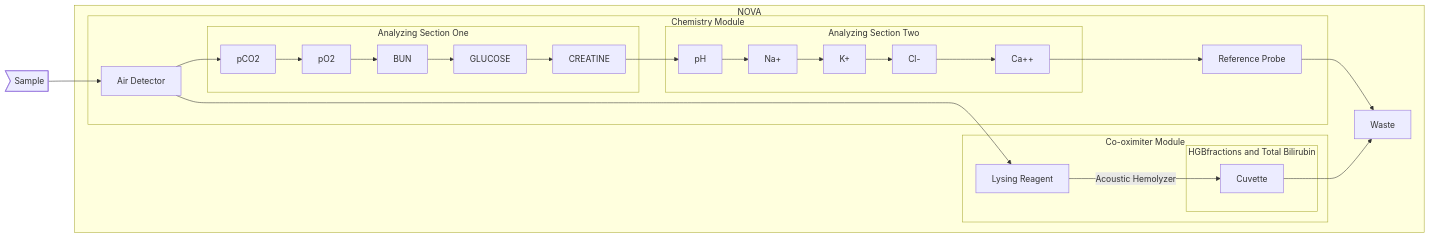
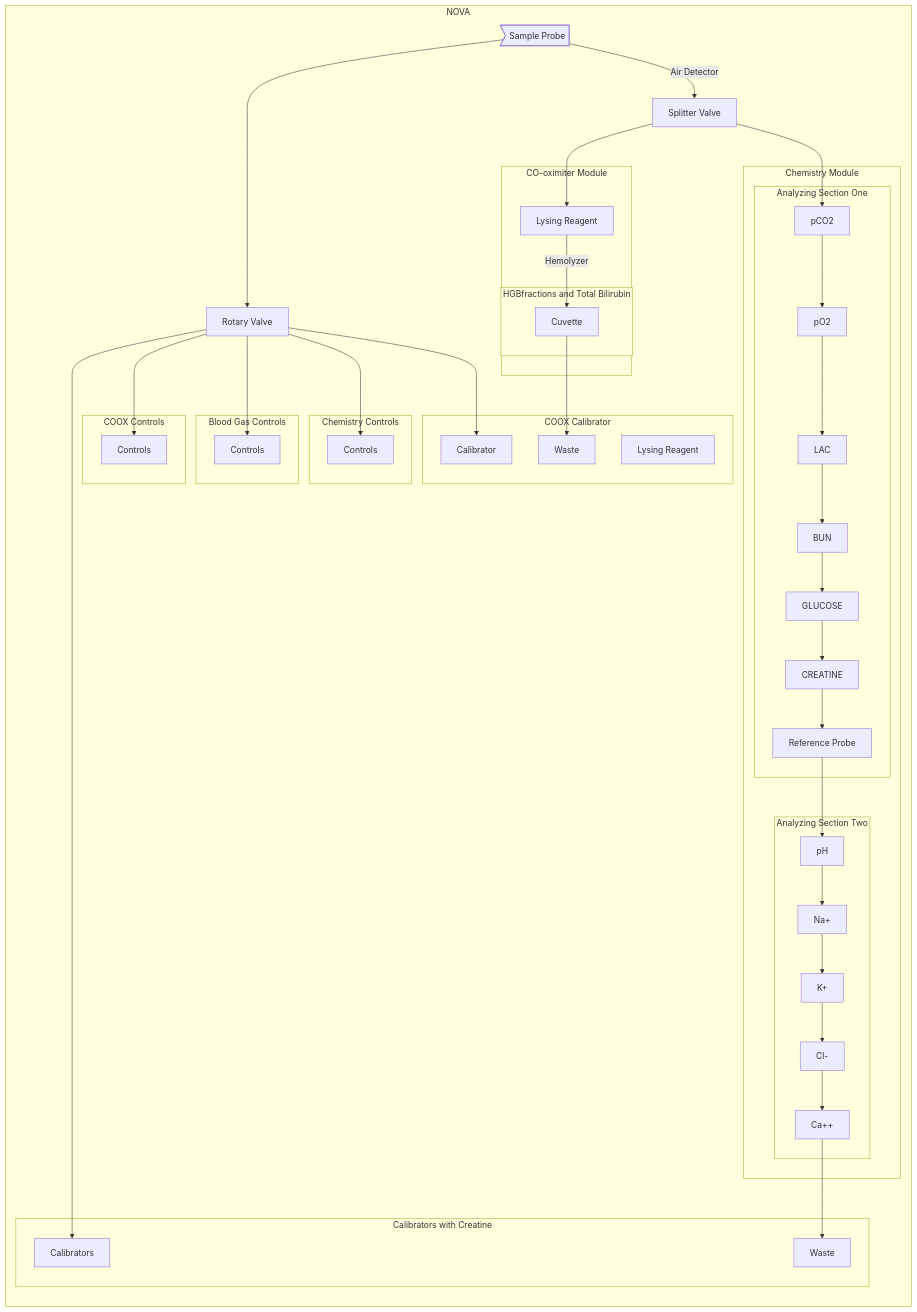
One commit to jgrayson80/study-mdwiki-seed changed the diagram in Images/Nova.mmd. Above: the diagram before and after it, drawn with Mermaid.

Commit message:
end of day

```diff
--- a/Images/Nova.mmd
+++ b/Images/Nova.mmd
@@ -1,43 +1,70 @@
 graph LR
 
-A>Sample]-->c1
 
 subgraph NOVA
 
+    A>Sample Probe]-->|Air Detector|c1[Splitter Valve]
+    A-->RotaryValve[Rotary Valve]
+    RotaryValve-->Calibrators
+    RotaryValve-->CooxControls
+    RotaryValve-->BGControls
+    RotaryValve-->ChemControls
+    RotaryValve-->CooxCalibrator
     c1-->B
-    B[Lysing Reagent] -->|Acoustic Hemolyzer|C[Cuvette]
-    subgraph Co-oximiter Module
-        subgraph HGBfractions and Total Bilirubin 
-    C
-    end
-    
-    B
-    C
+    B[Lysing Reagent] -->|Hemolyzer|C[Cuvette]
+    c1-->aso1
+    C-->CooxWaste
+    ast5-->MainWaste
+
+
+    subgraph COOX Calibrator
+        CooxCalibrator[Calibrator]
+        LysingReagent[Lysing Reagent]
+        CooxWaste[Waste]
     end
 
-subgraph Chemistry Module
+    subgraph COOX Controls
+        CooxControls[Controls]
+    end
 
-    c1[Air Detector]
-    c1-->aso1
-subgraph Analyzing Section One
-    aso1[pCO2]-->aso2[pO2]
-    aso2-->aso3[BUN]
-    aso3-->aso4[GLUCOSE]
-    aso4-->aso5[CREATINE]
+    subgraph Calibrators with Creatine
+        Calibrators[Calibrators]
+        MainWaste[Waste]
+    end
+
+    subgraph Blood Gas Controls
+        BGControls[Controls]
+    end
+
+    subgraph Chemistry Controls
+        ChemControls[Controls]
+    end
+
+    subgraph CO-oximiter Module
+        subgraph HGBfractions and Total Bilirubin 
+        C
+        end
+        B
+        C   
+    end
+
+    subgraph Chemistry Module
+    
+        subgraph Analyzing Section One
+            aso1[pCO2]-->aso2[pO2]
+            aso2-->aso3[LAC]
+            aso3-->aso4[BUN]
+            aso4-->aso5[GLUCOSE]
+            aso5-->aso6[CREATINE]
+            aso6-->c2[Reference Probe]
+        end
+
+        subgraph Analyzing Section Two
+            c2-->ast1[pH]
+            ast1-->ast2[Na+]
+            ast2-->ast3[K+]
+            ast3-->ast4[Cl-]
+            ast4-->ast5[Ca++]
+        end
+    end
 end
-
-subgraph Analyzing Section Two
-    aso5-->ast1[pH]
-    ast1-->ast2[Na+]
-    ast2-->ast3[K+]
-    ast3-->ast4[Cl-]
-    ast4-->ast5[Ca++]
-end
-
-ast5-->c2[Reference Probe]
-
-end
-
-c2-->W[Waste]
-C-->W
-end
```
